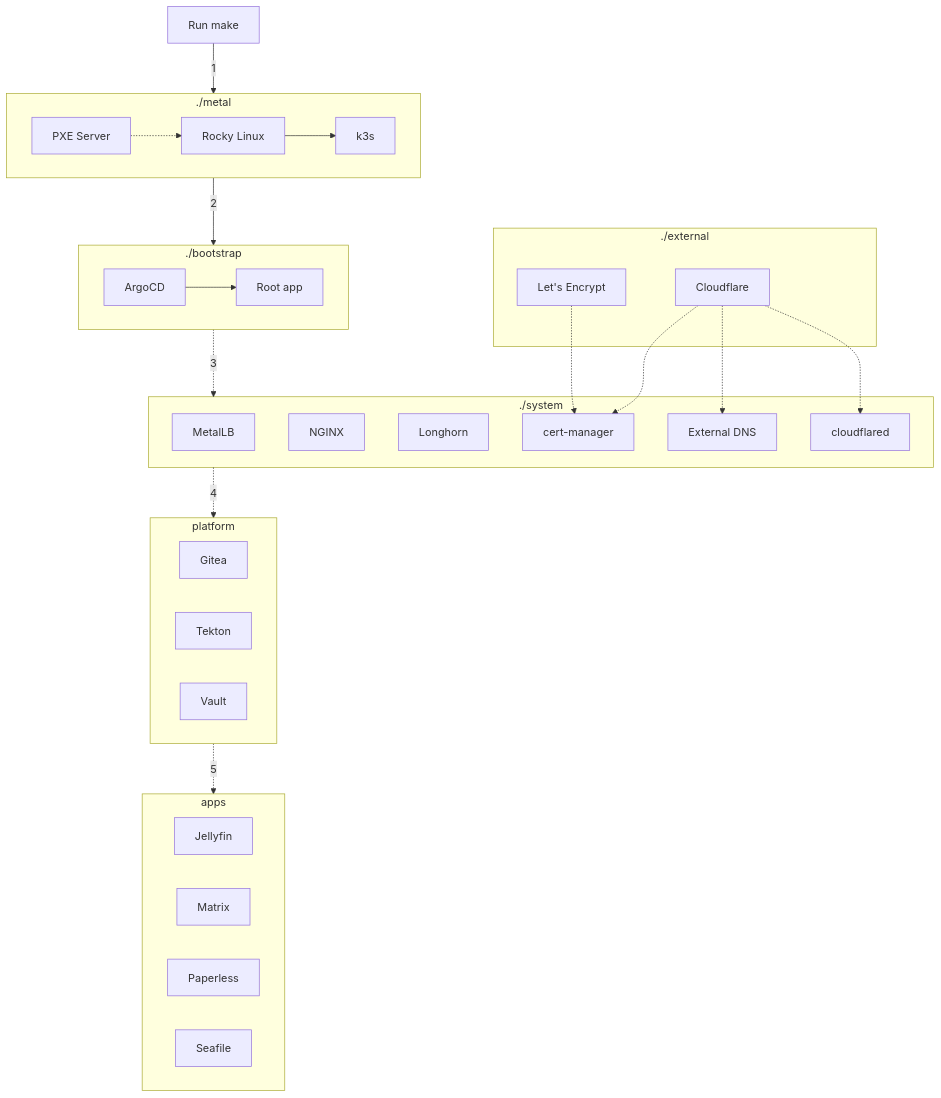
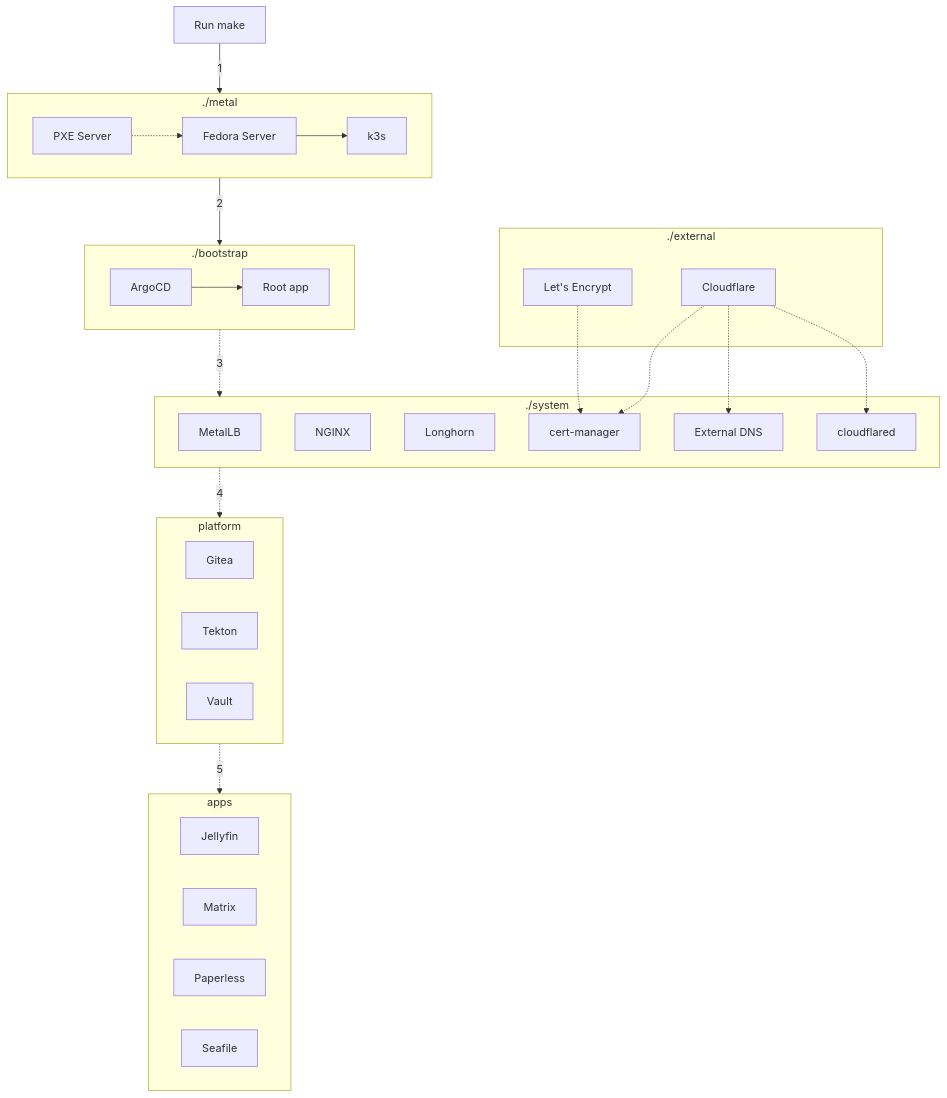
Before and after one commit to khuedoan/homelab: the diagram in docs/architecture/overview.md, drawn with Mermaid. The commit also changed 4 other files, not shown here.

````diff
--- a/docs/architecture/overview.md
+++ b/docs/architecture/overview.md
@@ -54,44 +54,44 @@
 ```mermaid
 flowchart TD
   subgraph metal[./metal]
-    pxe[PXE Server] -.-> linux[Rocky Linux] --> k3s
+    pxe[PXE Server] -.-> linux[Fedora Server] --> k3s
   end
 
   subgraph bootstrap[./bootstrap]
     argocd[ArgoCD] --> rootapp[Root app]
   end
 
   subgraph system[./system]
     metallb[MetalLB]
     nginx[NGINX]
     longhorn[Longhorn]
     cert-manager
     external-dns[External DNS]
     cloudflared
   end
 
   subgraph external[./external]
     letsencrypt[Let's Encrypt]
     cloudflare[Cloudflare]
   end
 
   letsencrypt -.-> cert-manager
   cloudflare -.-> cert-manager
   cloudflare -.-> external-dns
   cloudflare -.-> cloudflared
 
   subgraph platform
     gitea[Gitea]
     tekton[Tekton]
     vault[Vault]
   end
 
   subgraph apps
     jellyfin[Jellyfin]
     matrix[Matrix]
     paperless[Paperless]
     seafile[Seafile]
   end
 
   make[Run make] -- 1 --> metal -- 2 --> bootstrap -. 3 .-> system -. 4 .-> platform -. 5 .-> apps
 ```
````
